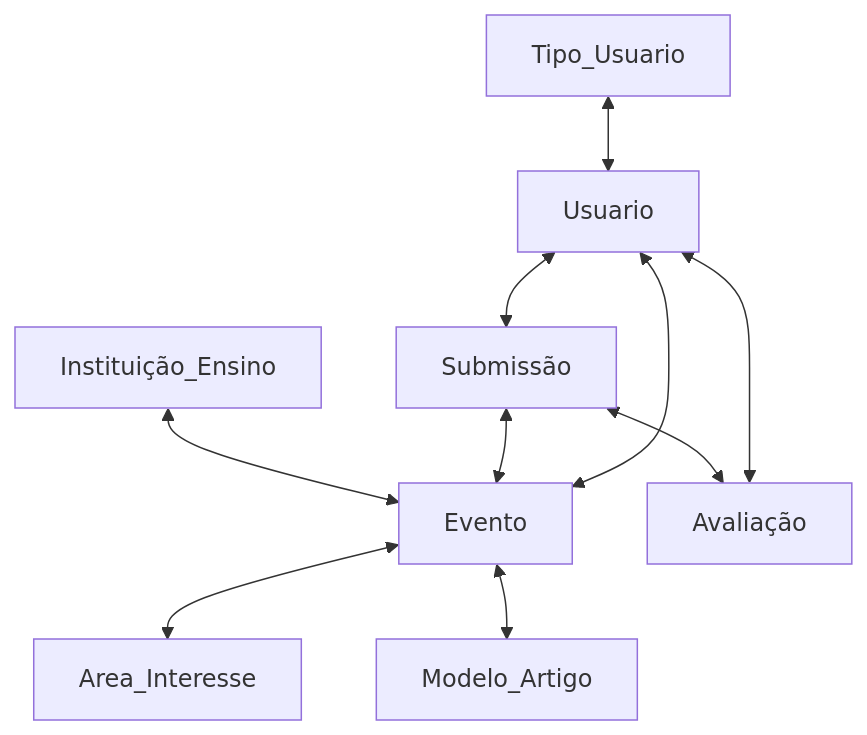
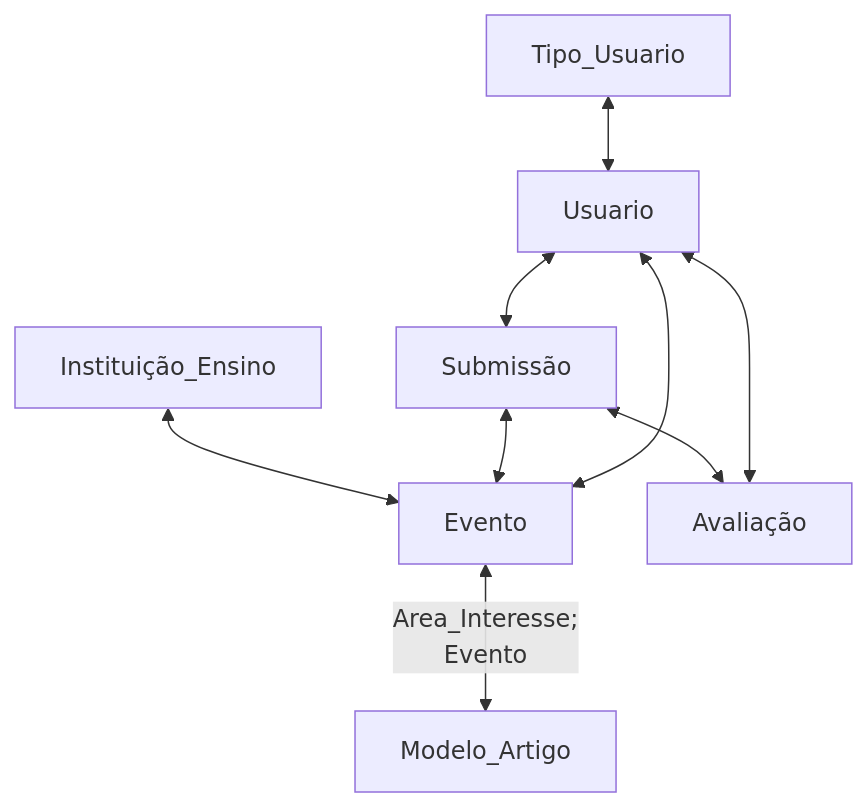
One commit to vanessacezarn/3_Semestre changed the diagram in Projeto de Banco de Dados/aula_05 24_03.md. Above: the diagram before and after it, drawn with Mermaid.

Commit message:
Update aula_05 24_03.md

````diff
--- a/Projeto de Banco de Dados/aula_05 24_03.md
+++ b/Projeto de Banco de Dados/aula_05 24_03.md
@@ -45,13 +45,13 @@
 ```mermaid
 graph TD;
     Instituição_Ensino<-->Evento;
-    Evento <--> Area_Interesse;
+    Evento -- Area_Interesse;
     Evento <--> Modelo_Artigo;
     Tipo_Usuario <--> Usuario;
     Usuario <--> Submissão;
     Submissão <--> Evento;
     Submissão <--> Avaliação
     Avaliação <--> Usuario;
     Usuario <--> Evento
     
 ```
````
